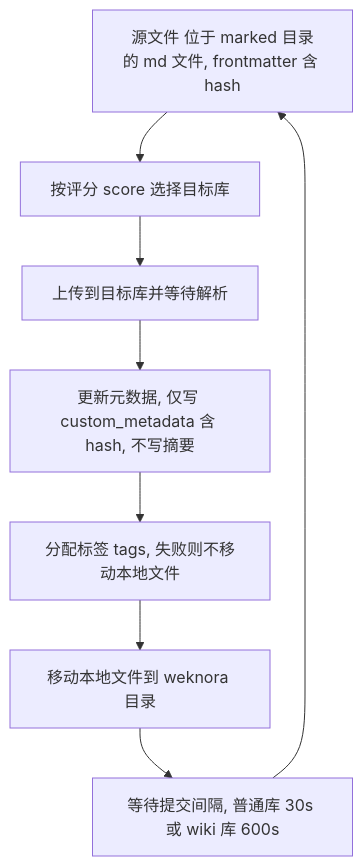
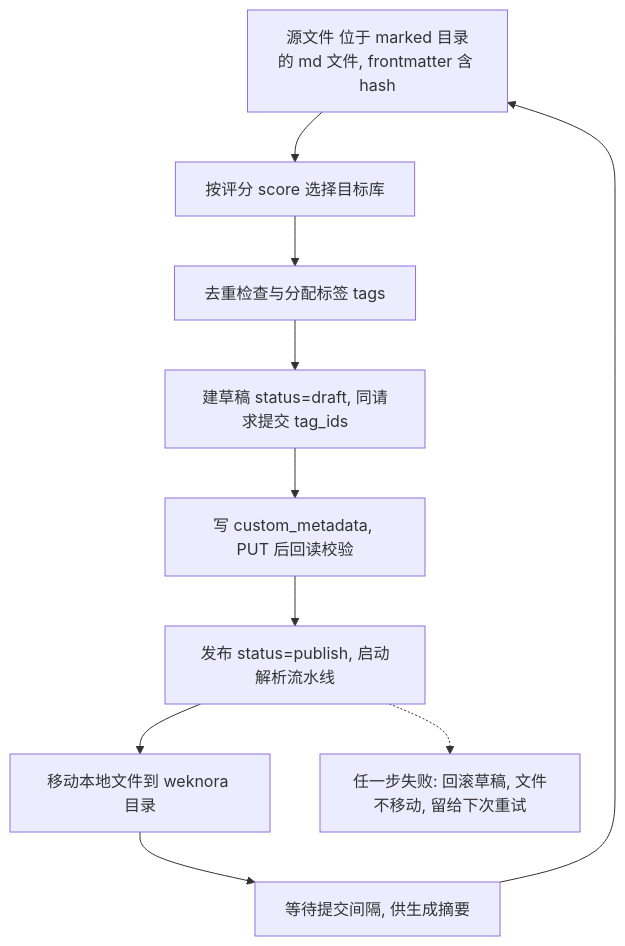
One commit to bruce1977/knot changed the diagram in SKILL.md. Above: the diagram before and after it, drawn with Mermaid. The commit also changed other lines of this file and 7 other files, not shown here.

````diff
--- a/SKILL.md
+++ b/SKILL.md
@@ -328,10 +336,12 @@
 ```mermaid
 graph TD
     S[源文件 位于 marked 目录的 md 文件, frontmatter 含 hash] --> A[按评分 score 选择目标库]
-    A --> U[上传到目标库并等待解析]
-    U --> P[更新元数据, 仅写 custom_metadata 含 hash, 不写摘要]
-    P --> T[分配标签 tags, 失败则不移动本地文件]
-    T --> F[移动本地文件到 weknora 目录]
-    F --> W[等待提交间隔, 普通库 30s 或 wiki 库 600s]
+    A --> T[去重检查与分配标签 tags]
+    T --> D[建草稿 status=draft, 同请求提交 tag_ids]
+    D --> M[写 custom_metadata, PUT 后回读校验]
+    M --> P[发布 status=publish, 启动解析流水线]
+    P --> F[移动本地文件到 weknora 目录]
+    F --> W[等待提交间隔, 供生成摘要]
     W --> S
+    P -.-> E[任一步失败: 回滚草稿, 文件不移动, 留给下次重试]
 ```
````
